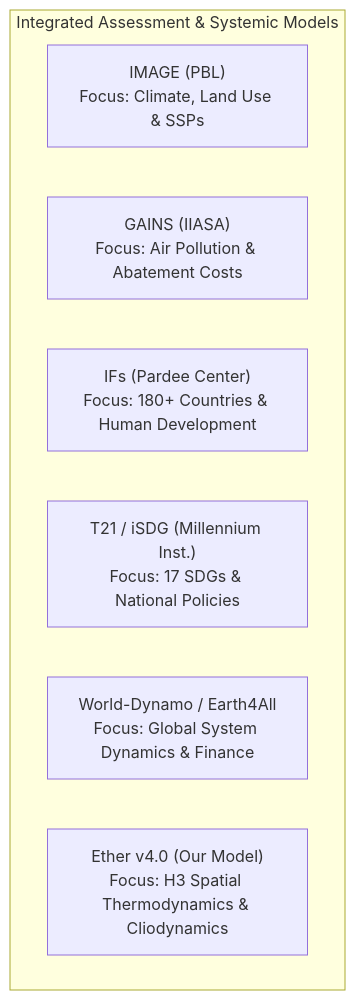
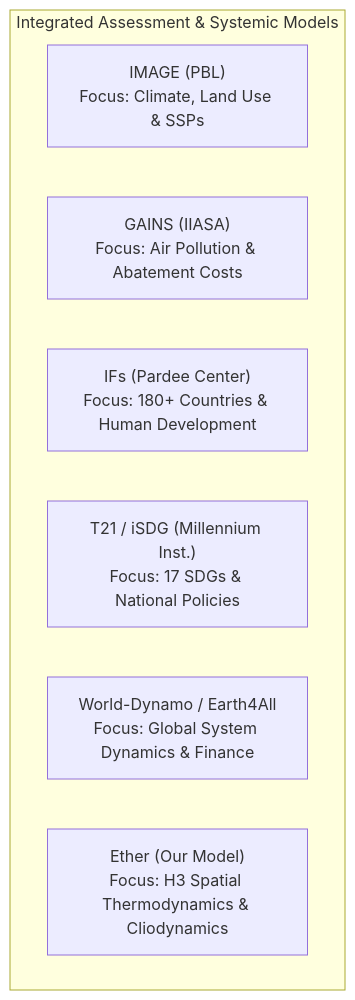
One commit to silveremartin-dev/Ether changed the diagram in docs/MODEL_COMPARISON.md. Above: the diagram before and after it, drawn with Mermaid. The commit also changed other lines of this file and 32 other files, not shown here.

Commit message:
feat(release): prepare Ether 1.0.0-beta.1 standalone release, GitHub Actions workflow, 100% i18n & full cliodynamics docs

````diff
--- a/docs/MODEL_COMPARISON.md
+++ b/docs/MODEL_COMPARISON.md
@@ -99,11 +99,11 @@
 ```mermaid
 graph TD
     subgraph "Integrated Assessment & Systemic Models"
         IMAGE["IMAGE (PBL)<br/>Focus: Climate, Land Use & SSPs"]
         GAINS["GAINS (IIASA)<br/>Focus: Air Pollution & Abatement Costs"]
         IFS["IFs (Pardee Center)<br/>Focus: 180+ Countries & Human Development"]
         ISDG["T21 / iSDG (Millennium Inst.)<br/>Focus: 17 SDGs & National Policies"]
         WD["World-Dynamo / Earth4All<br/>Focus: Global System Dynamics & Finance"]
-        ETHER["Ether v4.0 (Our Model)<br/>Focus: H3 Spatial Thermodynamics & Cliodynamics"]
+        ETHER["Ether (Our Model)<br/>Focus: H3 Spatial Thermodynamics & Cliodynamics"]
     end
 ```
````
